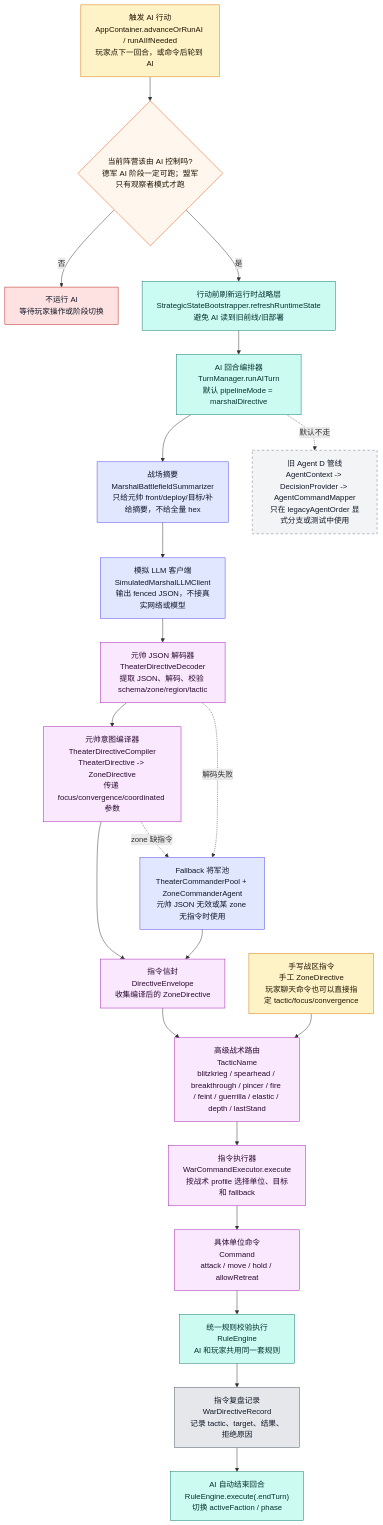
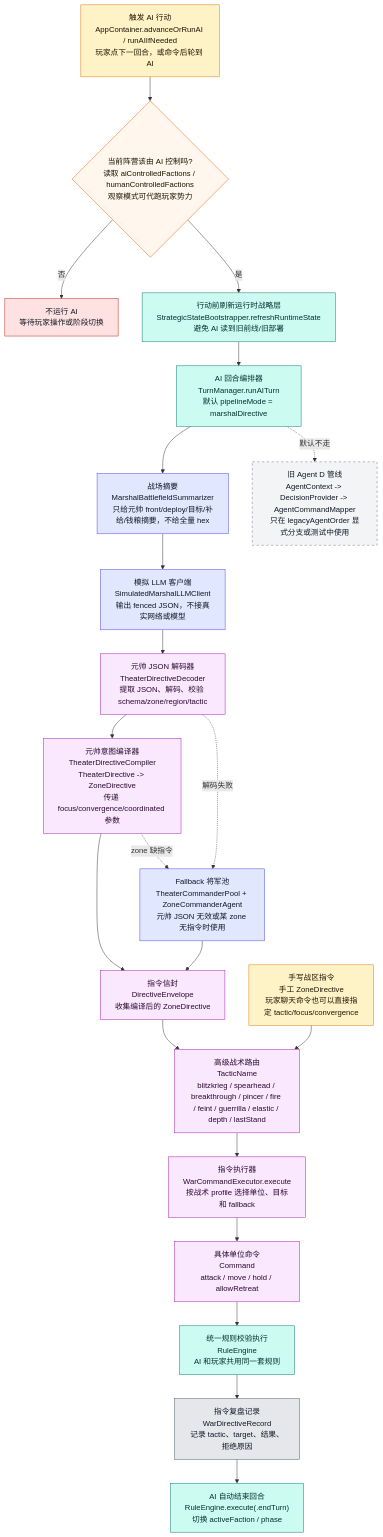
One commit to Altman-sam114/123 changed the fifth of 9 diagrams in md/flow/flowchart.md. Above: the diagram before and after it, drawn with Mermaid. The commit also changed other lines of this file and 23 other files, not shown here.

````diff
--- a/md/flow/flowchart.md
+++ b/md/flow/flowchart.md
@@ -271,43 +274,43 @@
 ```mermaid
 flowchart TD
     START["触发 AI 行动<br/>AppContainer.advanceOrRunAI / runAIIfNeeded<br/>玩家点下一回合，或命令后轮到 AI"]:::input
-    CHECK{"当前阵营该由 AI 控制吗?<br/>德军 AI 阶段一定可跑；盟军只有观察者模式才跑"}:::decision
+    CHECK{"当前阵营该由 AI 控制吗?<br/>读取 aiControlledFactions / humanControlledFactions<br/>观察模式可代跑玩家势力"}:::decision
     STOP["不运行 AI<br/>等待玩家操作或阶段切换"]:::stop
     REFRESH["行动前刷新运行时战略层<br/>StrategicStateBootstrapper.refreshRuntimeState<br/>避免 AI 读到旧前线/旧部署"]:::rules
     TM["AI 回合编排器<br/>TurnManager.runAITurn<br/>默认 pipelineMode = marshalDirective"]:::rules
-    SUM["战场摘要<br/>MarshalBattlefieldSummarizer<br/>只给元帅 front/deploy/目标/补给摘要，不给全量 hex"]:::ai
+    SUM["战场摘要<br/>MarshalBattlefieldSummarizer<br/>只给元帅 front/deploy/目标/补给/钱粮摘要，不给全量 hex"]:::ai
     LLM["模拟 LLM 客户端<br/>SimulatedMarshalLLMClient<br/>输出 fenced JSON，不接真实网络或模型"]:::ai
     DEC["元帅 JSON 解码器<br/>TheaterDirectiveDecoder<br/>提取 JSON、解码、校验 schema/zone/region/tactic"]:::command
     COMP["元帅意图编译器<br/>TheaterDirectiveCompiler<br/>TheaterDirective -> ZoneDirective<br/>传递 focus/convergence/coordinated 参数"]:::command
     ENV["指令信封<br/>DirectiveEnvelope<br/>收集编译后的 ZoneDirective"]:::command
     TACTIC["高级战术路由<br/>TacticName<br/>blitzkrieg / spearhead / breakthrough / pincer / fire / feint / guerrilla / elastic / depth / lastStand"]:::command
     WCE["指令执行器<br/>WarCommandExecutor.execute<br/>按战术 profile 选择单位、目标和 fallback"]:::command
     BOTTOM["具体单位命令<br/>Command<br/>attack / move / hold / allowRetreat"]:::command
     RE["统一规则校验执行<br/>RuleEngine<br/>AI 和玩家共用同一套规则"]:::rules
     RECORD["指令复盘记录<br/>WarDirectiveRecord<br/>记录 tactic、target、结果、拒绝原因"]:::ui
     END["AI 自动结束回合<br/>RuleEngine.execute(.endTurn)<br/>切换 activeFaction / phase"]:::rules
 
     START --> CHECK
     CHECK -->|否| STOP
     CHECK -->|是| REFRESH --> TM --> SUM --> LLM --> DEC --> COMP --> ENV
     ENV --> TACTIC --> WCE --> BOTTOM --> RE --> RECORD --> END
 
     FALLBACK["Fallback 将军池<br/>TheaterCommanderPool + ZoneCommanderAgent<br/>元帅 JSON 无效或某 zone 无指令时使用"]:::ai
     DEC -.解码失败.-> FALLBACK --> ENV
     COMP -.zone 缺指令.-> FALLBACK
 
     LEGACY["旧 Agent D 管线<br/>AgentContext -> DecisionProvider -> AgentCommandMapper<br/>只在 legacyAgentOrder 显式分支或测试中使用"]:::legacy
     TM -.默认不走.-> LEGACY
 
     MANUAL["手写战区指令<br/>手工 ZoneDirective<br/>玩家聊天命令也可以直接指定 tactic/focus/convergence"]:::input
     MANUAL --> TACTIC
 
     classDef input fill:#fef3c7,stroke:#d97706,color:#1f1600
     classDef decision fill:#fff7ed,stroke:#ea580c,color:#1f1300
     classDef stop fill:#fee2e2,stroke:#b91c1c,color:#111827
     classDef rules fill:#ccfbf1,stroke:#0f766e,color:#042f2e
     classDef ai fill:#e0e7ff,stroke:#4f46e5,color:#111827
     classDef command fill:#fae8ff,stroke:#a21caf,color:#2a0a2f
     classDef ui fill:#e5e7eb,stroke:#4b5563,color:#111827
     classDef legacy fill:#f3f4f6,stroke:#6b7280,stroke-dasharray:5 5,color:#111827
 ```
````
